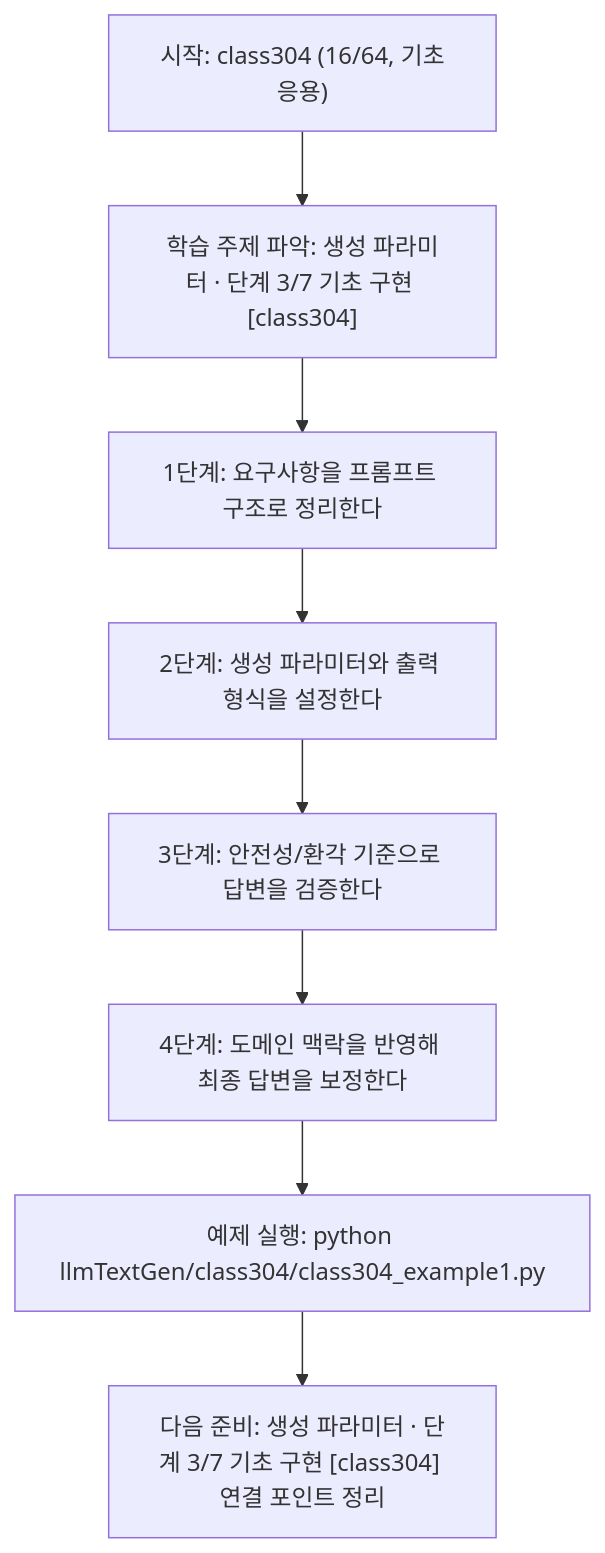
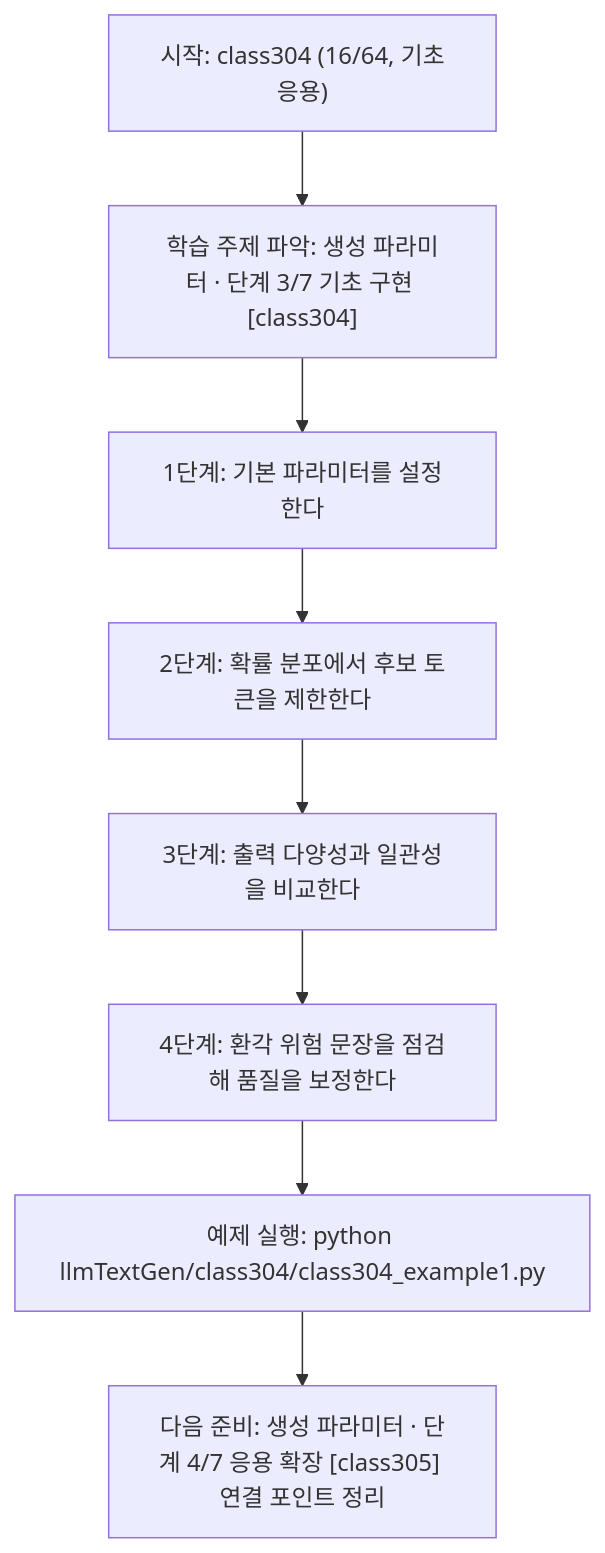
Before and after one commit to edumgt/Python-AI_Agent-Class: the diagram in llmTextGen/class304/class304.md, drawn with Mermaid. The commit also changed other lines of this file and 451 other files, not shown here.

````diff
--- a/llmTextGen/class304/class304.md
+++ b/llmTextGen/class304/class304.md
@@ -113,18 +95,18 @@
 ```mermaid
 flowchart TD
 N1["시작: class304 (16/64, 기초응용)"]
 N2["학습 주제 파악: 생성 파라미터 · 단계 3/7 기초 구현 [class304]"]
-N3["1단계: 요구사항을 프롬프트 구조로 정리한다"]
-N4["2단계: 생성 파라미터와 출력 형식을 설정한다"]
-N5["3단계: 안전성/환각 기준으로 답변을 검증한다"]
-N6["4단계: 도메인 맥락을 반영해 최종 답변을 보정한다"]
+N3["1단계: 기본 파라미터를 설정한다"]
+N4["2단계: 확률 분포에서 후보 토큰을 제한한다"]
+N5["3단계: 출력 다양성과 일관성을 비교한다"]
+N6["4단계: 환각 위험 문장을 점검해 품질을 보정한다"]
 N7["예제 실행: python llmTextGen/class304/class304_example1.py"]
-N8["다음 준비: 생성 파라미터 · 단계 3/7 기초 구현 [class304] 연결 포인트 정리"]
+N8["다음 준비: 생성 파라미터 · 단계 4/7 응용 확장 [class305] 연결 포인트 정리"]
 N1 --> N2
 N2 --> N3
 N3 --> N4
 N4 --> N5
 N5 --> N6
 N6 --> N7
 N7 --> N8
 ```
````
